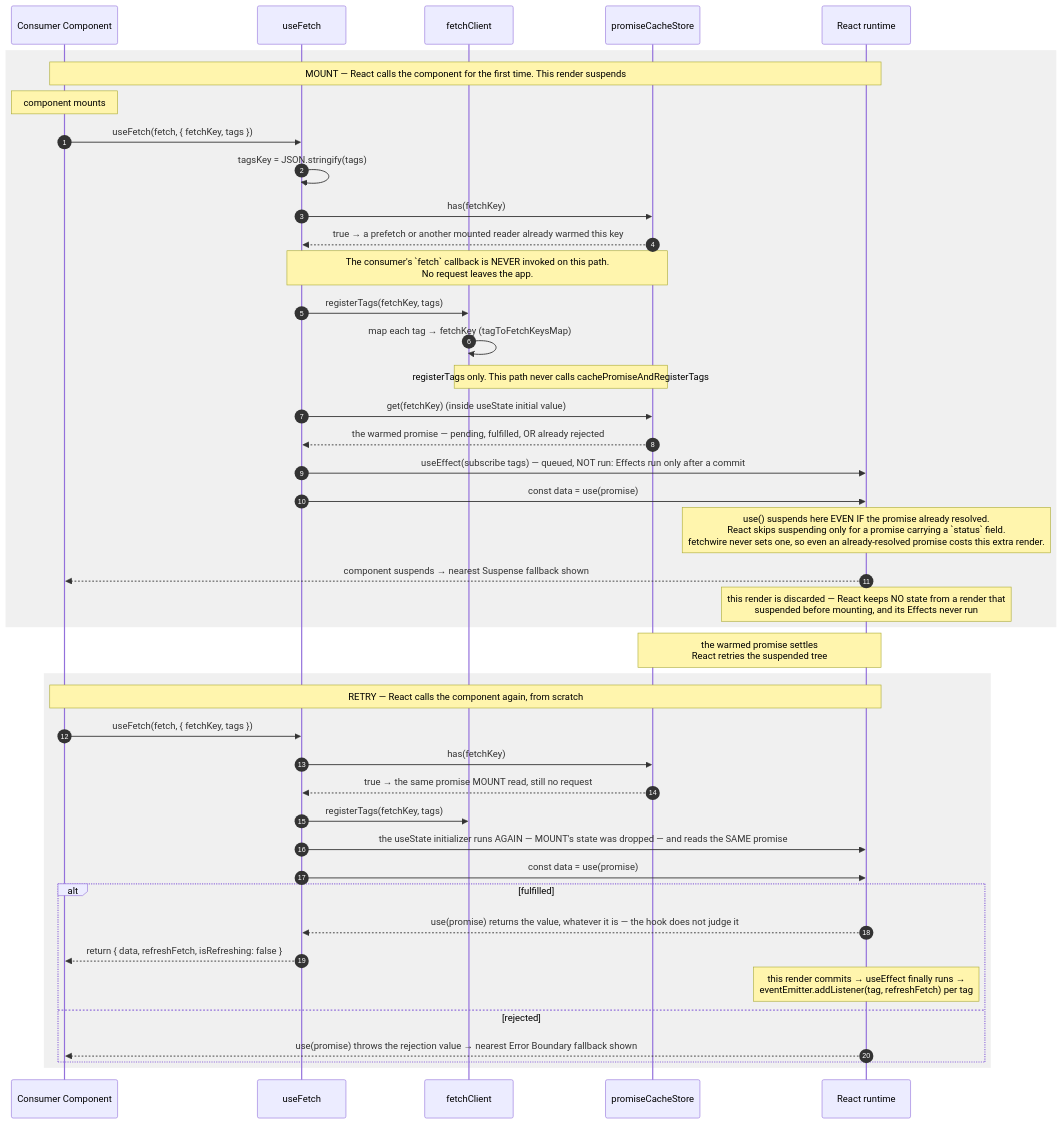
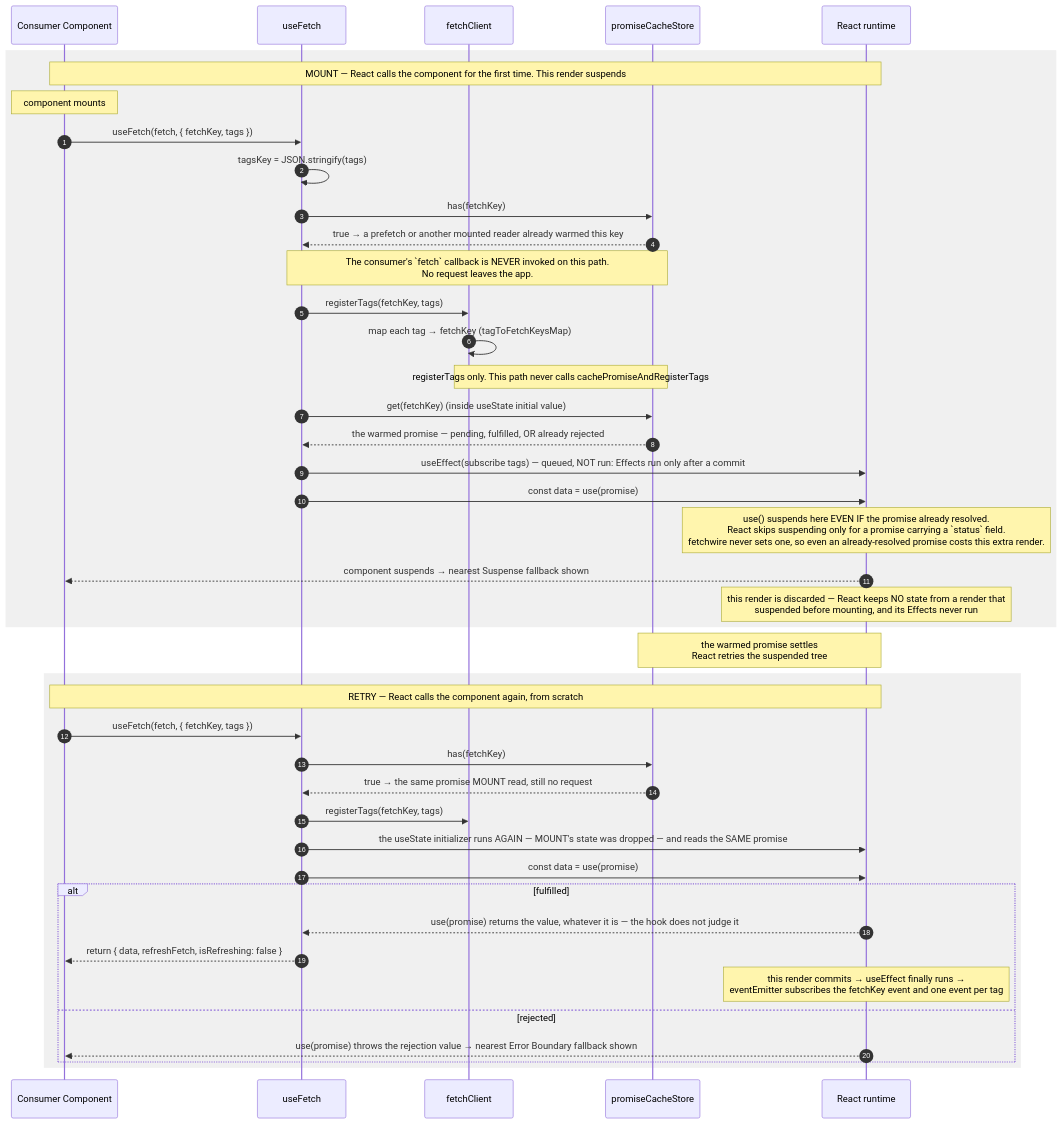
Before and after one commit to chuhaiphu/fetchwire: the second of 5 diagrams in docs/architecture/USE-FETCH-FLOW.md, drawn with Mermaid. The commit also changed other lines of this file and 11 other files, not shown here.

First line of the commit message:
fix: a refresh updates every reader of its fetchKey, and an invalidation sends one request per fetchKey

````diff
--- a/docs/architecture/USE-FETCH-FLOW.md
+++ b/docs/architecture/USE-FETCH-FLOW.md
@@ -57,52 +57,52 @@
 ```mermaid
 sequenceDiagram
     autonumber
     participant Cmp as Consumer Component
     participant H as useFetch
     participant FC as fetchClient
     participant Cache as promiseCacheStore
     participant React as React runtime
 
     rect rgba(128,128,128,0.12)
         Note over Cmp,React: MOUNT — React calls the component for the first time. This render suspends
         Note over Cmp: component mounts
         Cmp->>H: useFetch(fetch, { fetchKey, tags })
         H->>H: tagsKey = JSON.stringify(tags)
         H->>Cache: has(fetchKey)
         Cache-->>H: true → a prefetch or another mounted reader already warmed this key
 
         Note over H,Cache: The consumer's `fetch` callback is NEVER invoked on this path.<br/>No request leaves the app.
         H->>FC: registerTags(fetchKey, tags)
         FC->>FC: map each tag → fetchKey (tagToFetchKeysMap)
 
         Note over FC,Cache: registerTags only. This path never calls cachePromiseAndRegisterTags
         H->>Cache: get(fetchKey)  (inside useState initial value)
         Cache-->>H: the warmed promise — pending, fulfilled, OR already rejected
         H->>React: useEffect(subscribe tags) — queued, NOT run: Effects run only after a commit
         H->>React: const data = use(promise)
 
         Note over React: use() suspends here EVEN IF the promise already resolved.<br/>React skips suspending only for a promise carrying a `status` field.<br/>fetchwire never sets one, so even an already-resolved promise costs this extra render.
         React-->>Cmp: component suspends → nearest Suspense fallback shown
         Note over React: this render is discarded — React keeps NO state from a render that<br/>suspended before mounting, and its Effects never run
     end
 
     Note over Cache,React: the warmed promise settles<br/>React retries the suspended tree
 
     rect rgba(128,128,128,0.12)
         Note over Cmp,React: RETRY — React calls the component again, from scratch
         Cmp->>H: useFetch(fetch, { fetchKey, tags })
         H->>Cache: has(fetchKey)
         Cache-->>H: true → the same promise MOUNT read, still no request
         H->>FC: registerTags(fetchKey, tags)
         H->>React: the useState initializer runs AGAIN — MOUNT's state was dropped — and reads the SAME promise
         H->>React: const data = use(promise)
 
         alt fulfilled
             React-->>H: use(promise) returns the value, whatever it is — the hook does not judge it
             H-->>Cmp: return { data, refreshFetch, isRefreshing: false }
-            Note over React: this render commits → useEffect finally runs →<br/>eventEmitter.addListener(tag, refreshFetch) per tag
+            Note over React: this render commits → useEffect finally runs →<br/>eventEmitter subscribes the fetchKey event and one event per tag
         else rejected
             React-->>Cmp: use(promise) throws the rejection value → nearest Error Boundary fallback shown
         end
     end
 ```
````
